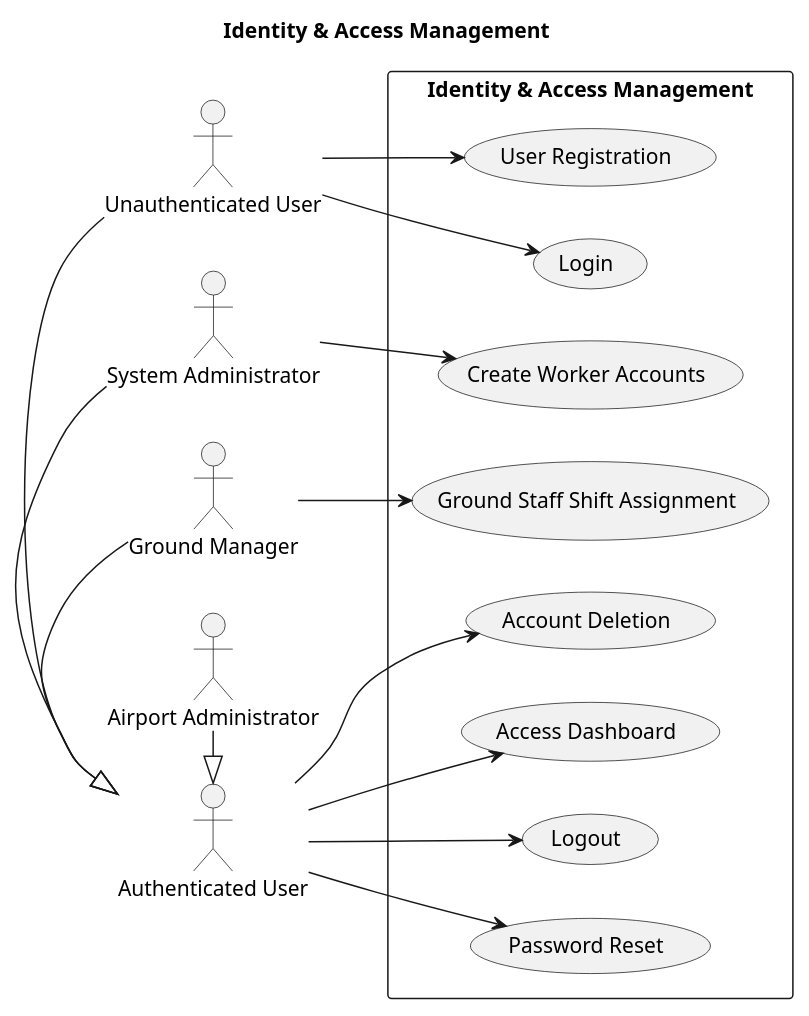
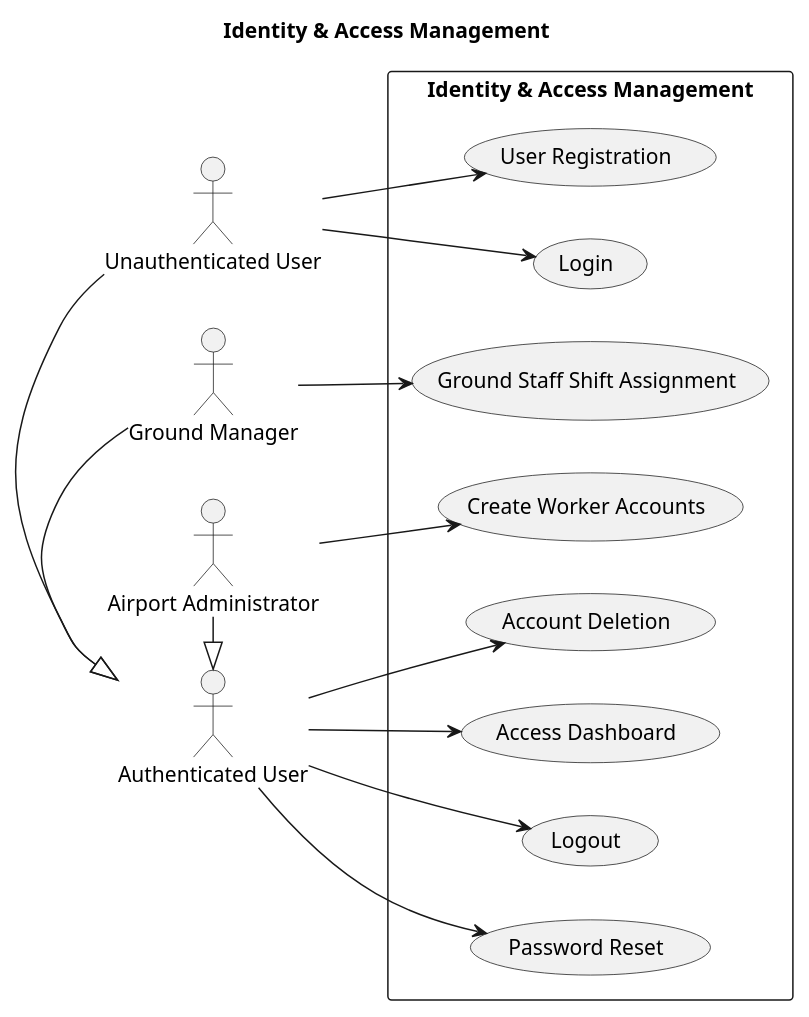
One commit to pls-lcu/airpal-SE-25-26- changed the diagram in docs/uml/UCD-Identity.puml. Above: the diagram before and after it, drawn with PlantUML. The commit also changed 6 other files, not shown here.

Commit message:
merge SystemAdministrator into AirportAdministrator

```diff
--- a/docs/uml/UCD-Identity.puml
+++ b/docs/uml/UCD-Identity.puml
@@ -1,38 +1,36 @@
 @startuml UC_Identity_Access_Management
 
 left to right direction
 title Identity & Access Management
 
 ' Actor generalization hierarchy
 actor "Unauthenticated User" as Unauth
 actor "Authenticated User" as Auth
-actor "System Administrator" as SysAdmin
 actor "Ground Manager" as GM
 actor "Airport Administrator" as AirportAdmin
 
 Unauth -|> Auth
-SysAdmin -|> Auth
 GM -|> Auth
 AirportAdmin -|> Auth
 
 rectangle "Identity & Access Management" {
   usecase "User Registration" as UC01
   usecase "Login" as UC02
   usecase "Logout" as UC03
   usecase "Password Reset" as UC04
   usecase "Account Deletion" as UC05
   usecase "Access Dashboard" as UC12
   usecase "Create Worker Accounts" as UC25
   usecase "Ground Staff Shift Assignment" as UC24
 }
 
 Unauth --> UC01
 Unauth --> UC02
 Auth --> UC03
 Auth --> UC04
 Auth --> UC05
 Auth --> UC12
-SysAdmin --> UC25
+AirportAdmin --> UC25
 GM --> UC24
 
 @enduml
```
